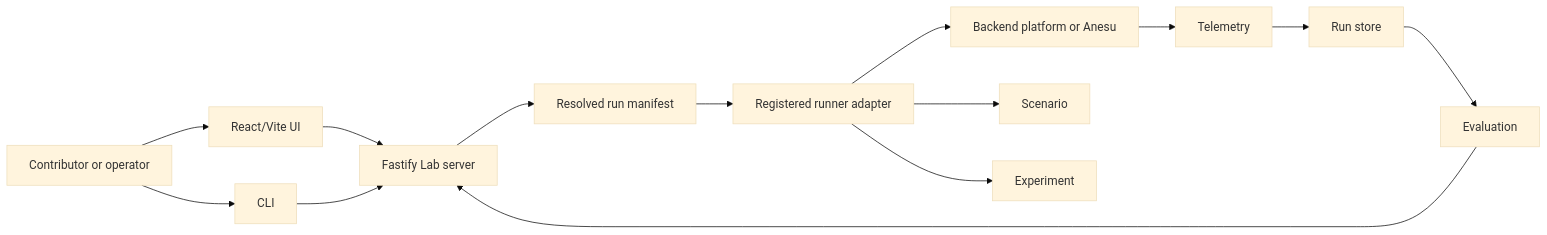
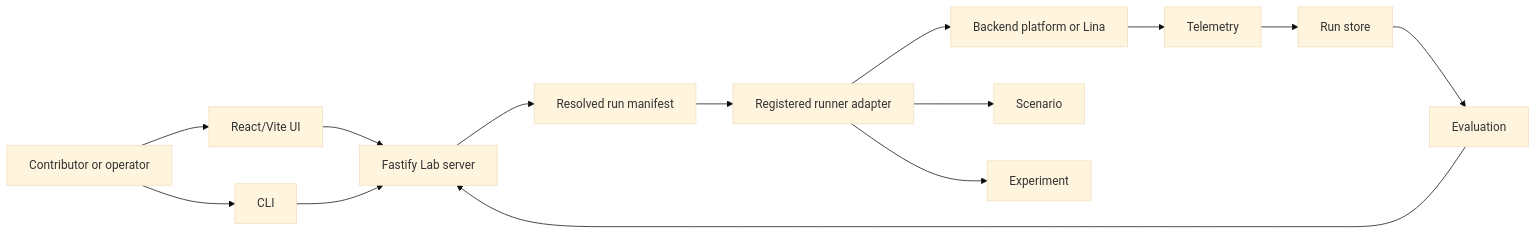
Before and after one commit to iamenochchirima/agents-lab: the second of 2 diagrams in docs/architecture/system-overview.md, drawn with Mermaid (base theme). The commit also changed other lines of this file and 406 other files, not shown here.

Commit message:
Rename Anesu harness to Lina

````diff
--- a/docs/architecture/system-overview.md
+++ b/docs/architecture/system-overview.md
@@ -54,29 +54,29 @@
 ```mermaid
 flowchart LR
   User[Contributor or operator]
   UI[React/Vite UI]
   CLI[CLI]
   Server[Fastify Lab server]
   Config[Resolved run manifest]
   Runner[Registered runner adapter]
-  Implementation[Backend platform or Anesu]
+  Implementation[Backend platform or Lina]
   Scenario[Scenario]
   Experiment[Experiment]
   Telemetry[Telemetry]
   Store[Run store]
   Evaluation[Evaluation]
 
   User --> UI
   UI --> Server
   User --> CLI
   CLI --> Server
   Server --> Config
   Config --> Runner
   Runner --> Implementation
   Runner --> Scenario
   Runner --> Experiment
   Implementation --> Telemetry
   Telemetry --> Store
   Store --> Evaluation
   Evaluation --> Server
 ```
````
